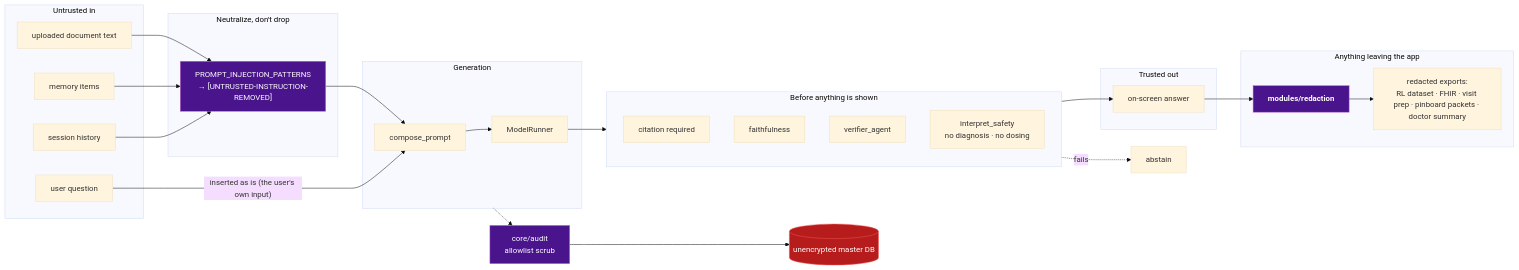
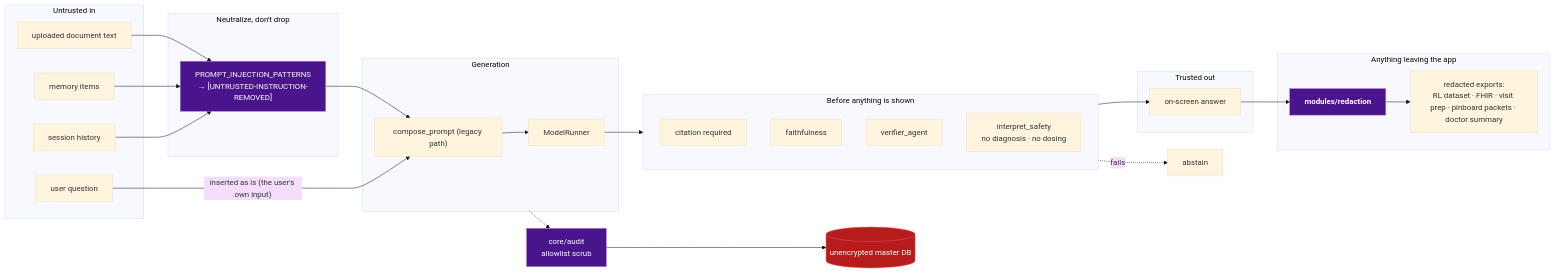
One commit to BrooklynD23/HealthCentral changed the third of 3 diagrams in docs/architecture/pipelines.md. Above: the diagram before and after it, drawn with Mermaid (base theme). The commit also changed other lines of this file and 6 other files, not shown here.

````diff
--- a/docs/architecture/pipelines.md
+++ b/docs/architecture/pipelines.md
@@ -178,49 +182,49 @@
 ```mermaid
 flowchart LR
     subgraph inbound["Untrusted in"]
         DOC["uploaded document text"]
         MEM["memory items"]
         HIST["session history"]
         QUERY["user question"]
     end
 
     subgraph filters["Neutralize, don't drop"]
         INJ["PROMPT_INJECTION_PATTERNS<br/>→ [UNTRUSTED-INSTRUCTION-REMOVED]"]
     end
 
     subgraph generate["Generation"]
-        PROMPT["compose_prompt"]
+        PROMPT["compose_prompt (legacy path)"]
         LLM["ModelRunner"]
     end
 
     subgraph gates["Before anything is shown"]
         CITE["citation required"]
         FAITH["faithfulness"]
         VERIF["verifier_agent"]
         ISAFE["interpret_safety<br/>no diagnosis · no dosing"]
     end
 
     subgraph outbound["Trusted out"]
         SCREEN["on-screen answer"]
     end
 
     subgraph files["Anything leaving the app"]
         RED["<b>modules/redaction</b>"]
         EXP["redacted exports:<br/>RL dataset · FHIR · visit prep · pinboard packets · doctor summary"]
     end
 
     AUDIT["core/audit<br/>allowlist scrub"]
     MASTER[("unencrypted master DB")]
 
     DOC & MEM & HIST --> INJ --> PROMPT
     QUERY -->|"inserted as is (the user's own input)"| PROMPT
     PROMPT --> LLM --> gates --> SCREEN
     gates -.->|"fails"| ABST["abstain"]
     SCREEN --> RED --> EXP
     generate -.-> AUDIT --> MASTER
 
     style INJ fill:#4a148c,stroke:#ba68c8,color:#fff
     style RED fill:#4a148c,stroke:#ba68c8,color:#fff
     style AUDIT fill:#4a148c,stroke:#ba68c8,color:#fff
     style MASTER fill:#b71c1c,stroke:#ef5350,color:#fff
 ```
````
